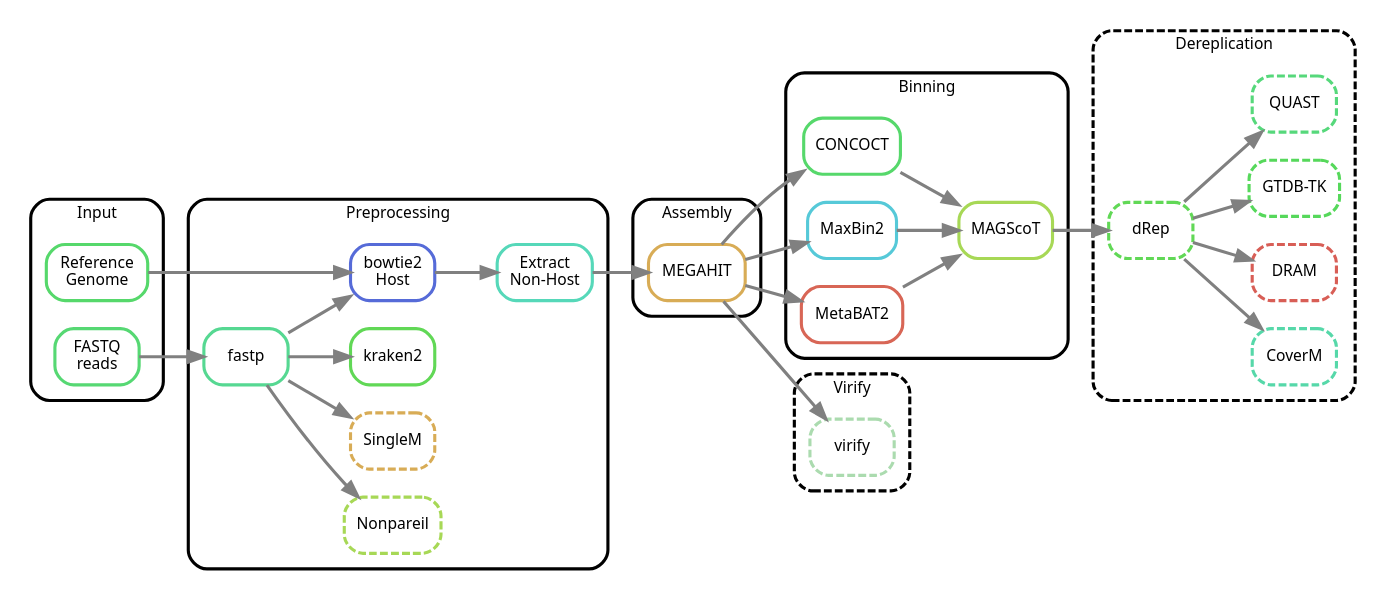
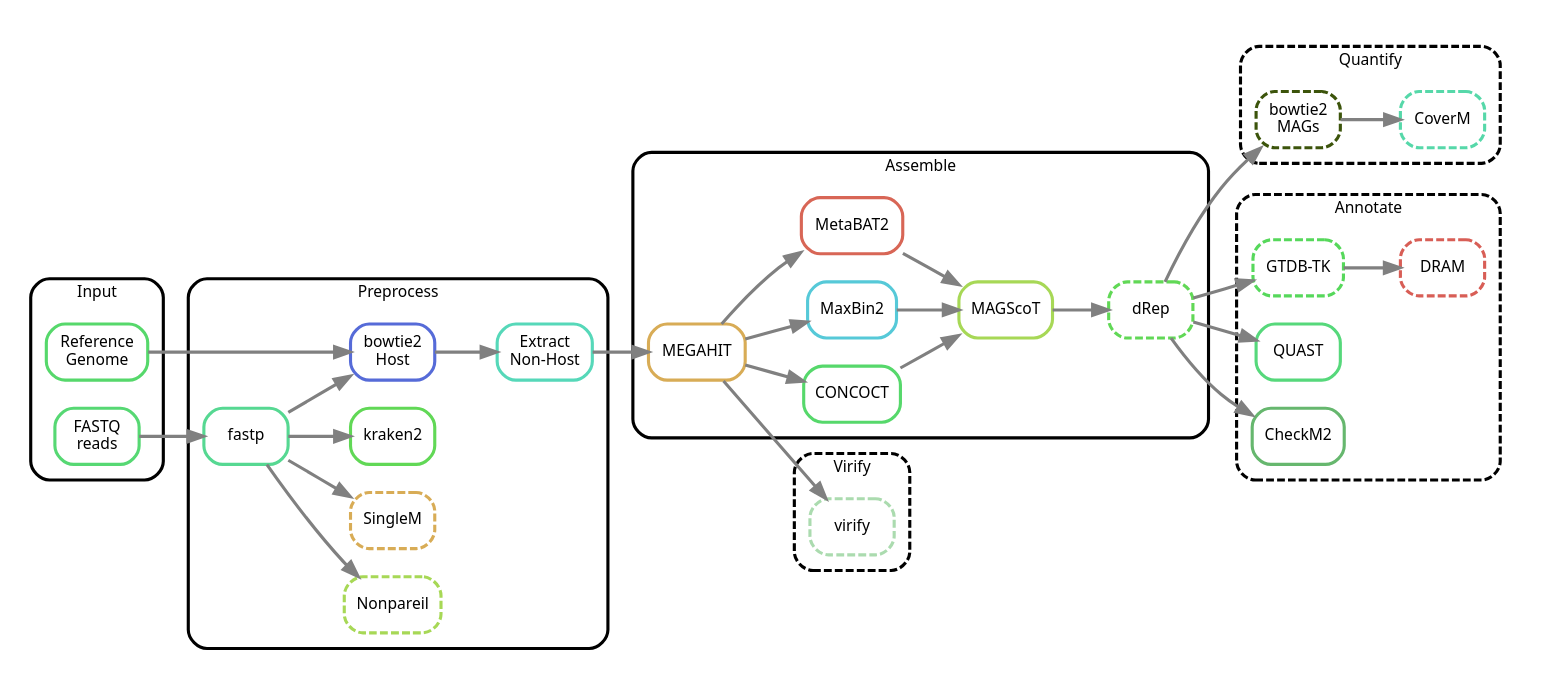
One commit to 3d-omics/mg_assembly changed the diagram in rulegraph_simple.dot. Above: the diagram before and after it, drawn with Graphviz. The commit also changed 1 other file, not shown here.

Commit message:
feat: Update figure

```diff
--- a/rulegraph_simple.dot
+++ b/rulegraph_simple.dot
@@ -1,86 +1,108 @@
 digraph snakemake_dag {
     rankdir=LR;
+	// newrank=true;
     graph[bgcolor=white, margin=0, compound=true];
     node[shape=box, style=rounded, fontname=sans, fontsize=10, penwidth=2];
     edge[penwidth=2, color=grey];
 
     subgraph cluster_0 {
         label = "Input";
         shape=box; style=rounded; fontname=sans; fontsize=10; penwidth=2; margin=10;
         reference [label = "Reference\nGenome", color = "0.36 0.6 0.85"];
         fastq     [label = "FASTQ\nreads",      color = "0.37 0.6 0.85"];
     }
 
-    reference -> bowtie2
-    fastq     -> fastp
+
 
     subgraph cluster_1 {
-        label = "Preprocessing";
+        label = "Preprocess";
         shape=box; style=rounded; fontname=sans; fontsize=10; penwidth=2; margin=10;
         bowtie2   [label = "bowtie2\nHost", color = "0.64 0.6 0.85"];
         extract   [label = "Extract\nNon-Host",    color = "0.46 0.6 0.85"];
         fastp     [label = "fastp",                color = "0.41 0.6 0.85"];
-        nonpareil [label = "Nonpareil",            color = "0.23 0.6 0.85", style = "dashed,rounded"];
-        singlem   [label = "SingleM",              color = "0.11 0.6 0.85", style = "dashed,rounded"];
-        kraken2   [label = "kraken2",              color = "0.32 0.6 0.85"];
+        {
+            rankdir=LR;
+            nonpareil [label = "Nonpareil",            color = "0.23 0.6 0.85", style = "dashed,rounded"];
+            singlem   [label = "SingleM",              color = "0.11 0.6 0.85", style = "dashed,rounded"];
+            kraken2   [label = "kraken2",              color = "0.32 0.6 0.85"];
+        }
+        fastp   -> bowtie2
+        fastp   -> nonpareil
+        fastp   -> singlem
+        fastp   -> kraken2
+        bowtie2 -> extract
+
     }
 
 
-    fastp   -> bowtie2
-    fastp   -> nonpareil
-    fastp   -> singlem
-    fastp   -> kraken2
-    bowtie2 -> extract
-    extract -> megahit
-
     subgraph cluster_2 {
-        label = "Assembly";
+        label = "Assemble";
         shape=box; style=rounded; fontname=sans; fontsize=10; penwidth=2; margin=10;
         megahit [label = "MEGAHIT", color = "0.11 0.6 0.85"];
-    }
-
-    megahit -> concoct
-    megahit -> maxbin2
-    megahit -> metabat2
-    megahit -> virify
-
-    subgraph cluster_3 {
-        label = "Binning";
-        shape=box; style=rounded; fontname=sans; fontsize=10; penwidth=2; margin="10,10";
         concoct  [label = "CONCOCT",  color = "0.36 0.6 0.85"];
         maxbin2  [label = "MaxBin2",  color = "0.52 0.6 0.85"];
         metabat2 [label = "MetaBAT2", color = "0.02 0.6 0.85"];
         magscot  [label = "MAGScoT",  color = "0.23 0.6 0.85"];
+        drep   [label = "dRep",    color = "0.32 0.6 0.85", style = "dashed,rounded"];
+
+        megahit -> concoct
+        megahit -> maxbin2
+        megahit -> metabat2
+        metabat2 -> magscot
+        concoct  -> magscot
+        maxbin2  -> magscot
+        magscot  -> drep
     }
 
-    metabat2 -> magscot
-    concoct  -> magscot
-    maxbin2  -> magscot
-    magscot  -> drep
 
-    subgraph cluster_4 {
-        label = "Dereplication";
-        shape=box; style="rounded,dashed"; fontname=sans; fontsize=10; penwidth=2; margin=10;
-        coverm [label = "CoverM",  color = "0.44 0.6 0.85", style = "dashed,rounded"];
-        dram   [label = "DRAM",    color = "0.01 0.6 0.85", style = "dashed,rounded"];
-        gtdbtk [label = "GTDB-TK", color = "0.34 0.6 0.85", style = "dashed,rounded"];
-        drep   [label = "dRep",    color = "0.32 0.6 0.85", style = "dashed,rounded"];
-        quast  [label = "QUAST",   color = "0.38 0.6 0.85", style = "dashed,rounded"];
+
+
+    subgraph cluster_6_space {
+        margin = 10;
+        style = invis;
+        subgraph cluster_6 {
+            label = "Quantify";
+            shape=box; style="rounded,dashed"; fontname=sans; fontsize=10; penwidth=2; margin=10;
+            bowtie2_drep [label = "bowtie2\nMAGs", color = "0.22 0.86 0.33", style = "dashed,rounded"];
+            coverm       [label = "CoverM",  color = "0.44 0.6 0.85", style = "dashed,rounded"];
+        }
+        bowtie2_drep -> coverm
     }
 
-    drep -> coverm
-    drep -> dram
-    drep -> gtdbtk
-    drep -> quast
+    subgraph cluster_7_space {
+        margin = 10;
+        style = invis;
+        subgraph cluster_7 {
+            label = "Annotate";
+            shape=box; style="rounded,dashed"; fontname=sans; fontsize=10; penwidth=2; margin=10;
+            gtdbtk [label = "GTDB-TK", color = "0.34 0.6 0.85", style = "dashed,rounded"];
+            dram   [label = "DRAM",    color = "0.01 0.6 0.85", style = "dashed,rounded"];
+            quast  [label = "QUAST",   color = "0.38 0.6 0.85", style = "rounded"];
+            checkm [label = "CheckM2", color = "0.35 0.44 0.72", style = "rounded"];
+        }
+        gtdbtk -> dram
+
+    }
+
+    reference -> bowtie2
+    fastq     -> fastp
+    extract   -> megahit
+    megahit   -> virify
+    drep      -> gtdbtk
+    drep      -> bowtie2_drep
+    drep      -> checkm
+    drep      -> quast
 
     subgraph cluster_5_space {
         margin = 10;
         style = invis;
         subgraph cluster_5 {
             label = "Virify";
             shape=box; style="rounded,dashed"; fontname=sans; fontsize=10; penwidth=2; margin="10,10";
-            virify [label = "virify", color = "0.35 0.22 0.86", style = "dashed,rounded"];
+            virify [label = "virify", color = "0.35 0.22 0.86", style = "dashed,rounded"]
+
         }
     }
 
+
 }
```
